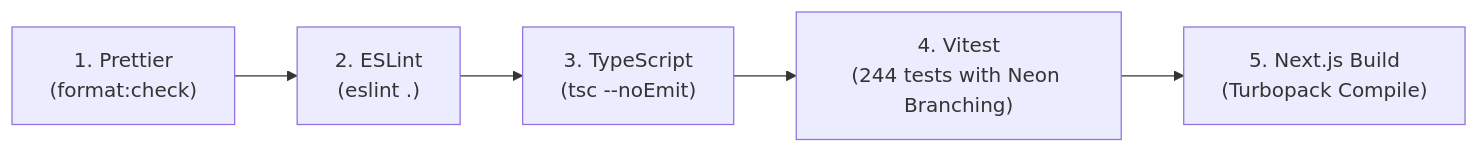
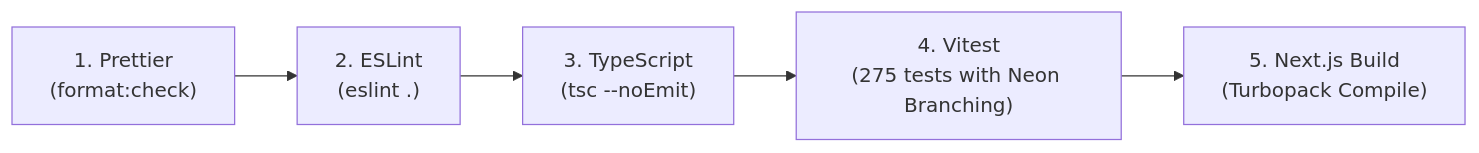
The eighth of 9 diagrams in docs/architecture.md (phanturne/stress-alpha), drawn with Mermaid before and after one commit. The commit also changed other lines of this file and 9 other files, not shown here.

First line of the commit message:
docs: refresh README interface screenshots, architecture diagrams & workspace specs (#16)

````diff
--- a/docs/architecture.md
+++ b/docs/architecture.md
@@ -345,7 +347,7 @@
 ```mermaid
 flowchart LR
     Step1["1. Prettier<br/>(format:check)"] --> Step2["2. ESLint<br/>(eslint .)"]
     Step2 --> Step3["3. TypeScript<br/>(tsc --noEmit)"]
-    Step3 --> Step4["4. Vitest<br/>(244 tests with Neon Branching)"]
+    Step3 --> Step4["4. Vitest<br/>(275 tests with Neon Branching)"]
     Step4 --> Step5["5. Next.js Build<br/>(Turbopack Compile)"]
 ```
````
